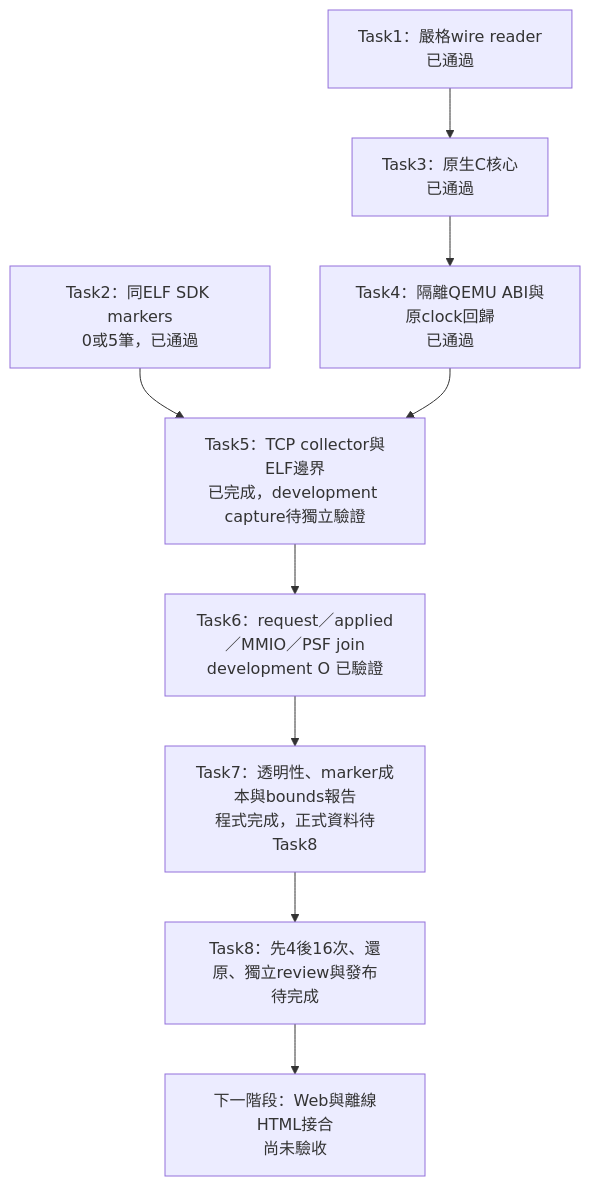
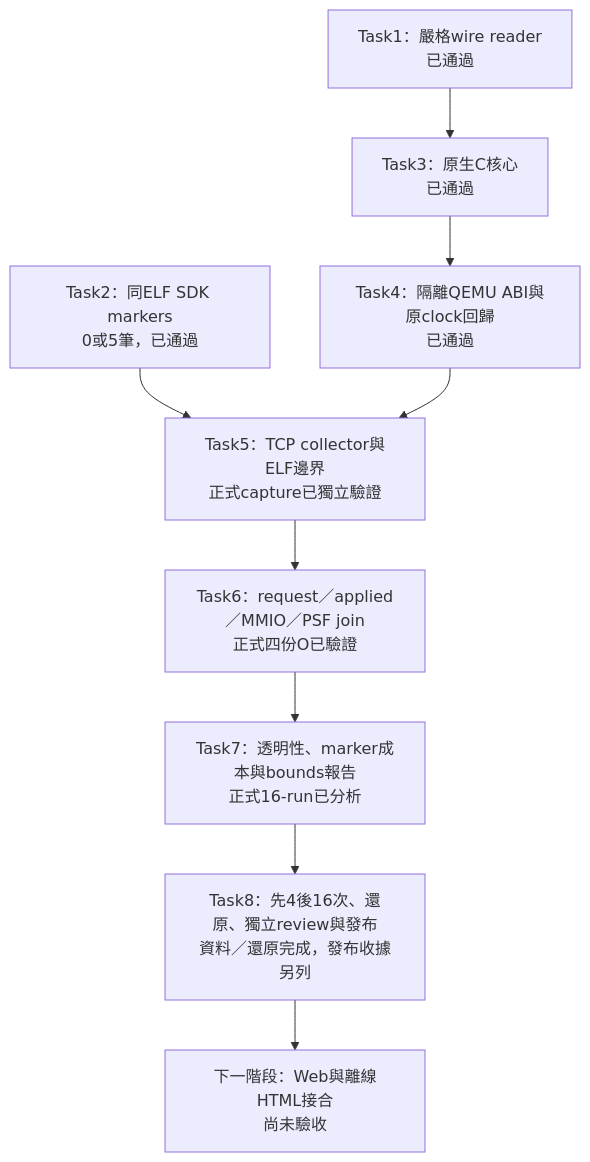
The diagram in docs/clock-anchor-progress.md (swchen44/freertos_risvc_observability), drawn with Mermaid before and after one commit. The commit also changed other lines of this file and 2192 other files, not shown here.

````diff
--- a/docs/clock-anchor-progress.md
+++ b/docs/clock-anchor-progress.md
@@ -21,11 +22,11 @@
 ```mermaid
 flowchart TD
     W[Task1：嚴格wire reader<br/>已通過] --> C[Task3：原生C核心<br/>已通過]
-    G[Task2：同ELF SDK markers<br/>0或5筆，已通過] --> P[Task5：TCP collector與ELF邊界<br/>已完成，development capture待獨立驗證]
+    G[Task2：同ELF SDK markers<br/>0或5筆，已通過] --> P[Task5：TCP collector與ELF邊界<br/>正式capture已獨立驗證]
     C --> Q[Task4：隔離QEMU ABI與原clock回歸<br/>已通過]
     Q --> P
-    P --> J[Task6：request／applied／MMIO／PSF join<br/>development O 已驗證]
-    J --> R[Task7：透明性、marker成本與bounds報告<br/>程式完成，正式資料待Task8]
-    R --> V[Task8：先4後16次、還原、獨立review與發布<br/>待完成]
+    P --> J[Task6：request／applied／MMIO／PSF join<br/>正式四份O已驗證]
+    J --> R[Task7：透明性、marker成本與bounds報告<br/>正式16-run已分析]
+    R --> V[Task8：先4後16次、還原、獨立review與發布<br/>資料／還原完成，發布收據另列]
     V --> UI[下一階段：Web與離線HTML接合<br/>尚未驗收]
 ```
````
